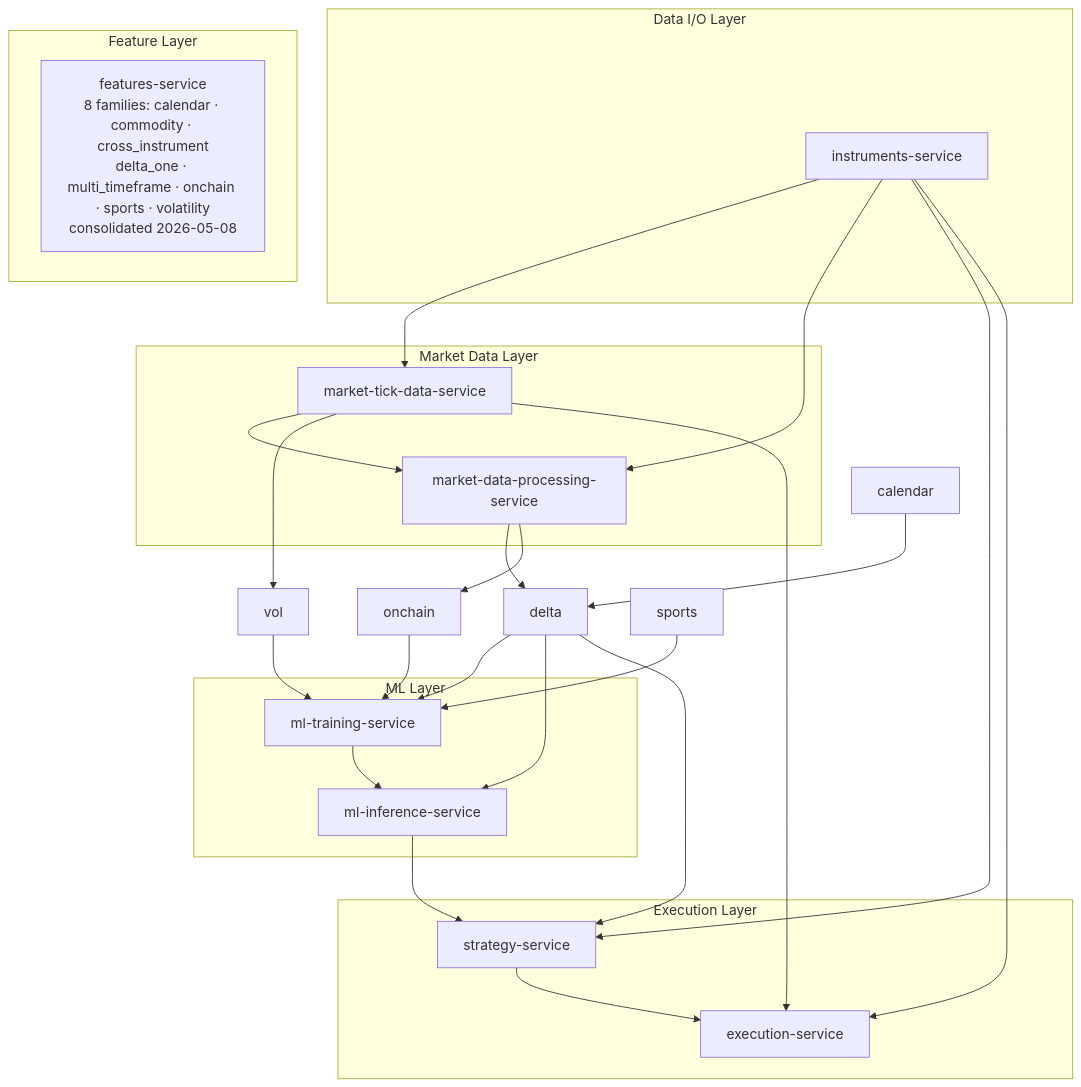
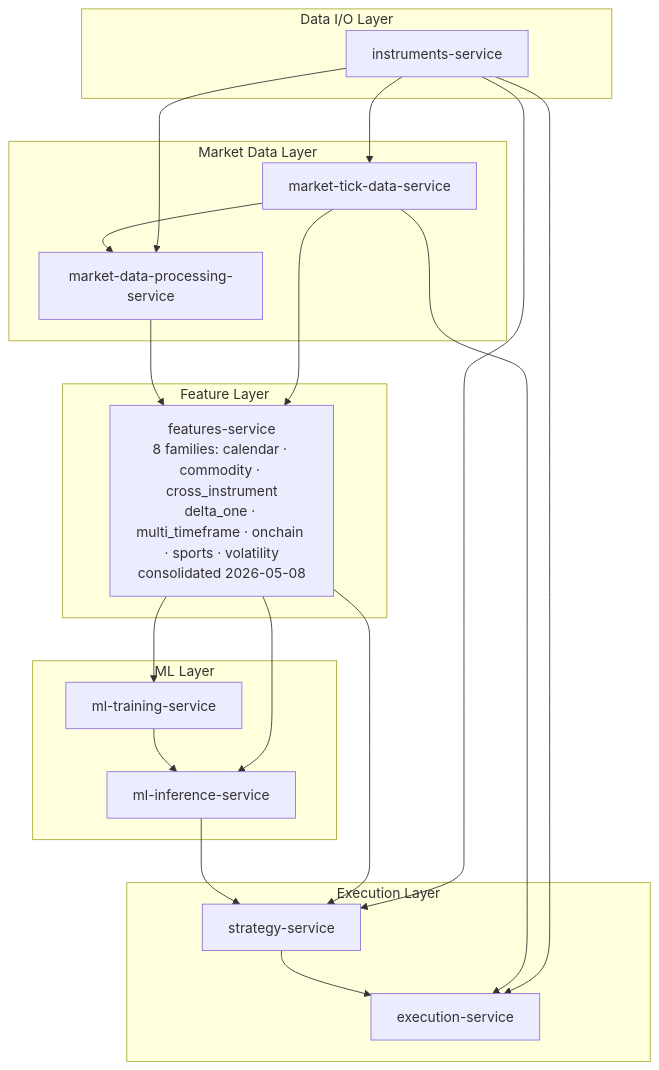
The diagram in codex/README.md (IggyIkenna/unified-trading-pm), drawn with Mermaid before and after one commit. The commit also changed 14 other files, not shown here.

````diff
--- a/codex/README.md
+++ b/codex/README.md
@@ -74,50 +74,45 @@
 ```mermaid
 flowchart TB
     subgraph data_io["Data I/O Layer"]
         instruments[instruments-service]
     end
 
     subgraph market_data["Market Data Layer"]
         tick[market-tick-data-service]
         processing[market-data-processing-service]
     end
 
     subgraph features["Feature Layer"]
         fs[features-service<br/>8 families: calendar · commodity · cross_instrument<br/>delta_one · multi_timeframe · onchain · sports · volatility<br/>consolidated 2026-05-08]
     end
 
     subgraph ml["ML Layer"]
         train[ml-training-service]
         inference[ml-inference-service]
     end
 
     subgraph execution["Execution Layer"]
         strategy[strategy-service]
         exec[execution-service]
     end
 
     instruments --> tick
     tick --> processing
     instruments --> processing
 
-    calendar --> delta
-    processing --> delta
-    tick --> vol
-    processing --> onchain
+    processing --> fs
+    tick --> fs
 
-    delta --> train
-    vol --> train
-    onchain --> train
-    sports --> train
+    fs --> train
 
     train --> inference
-    delta --> inference
+    fs --> inference
 
     inference --> strategy
-    delta --> strategy
+    fs --> strategy
     instruments --> strategy
 
     strategy --> exec
     tick --> exec
     instruments --> exec
 ```
````
